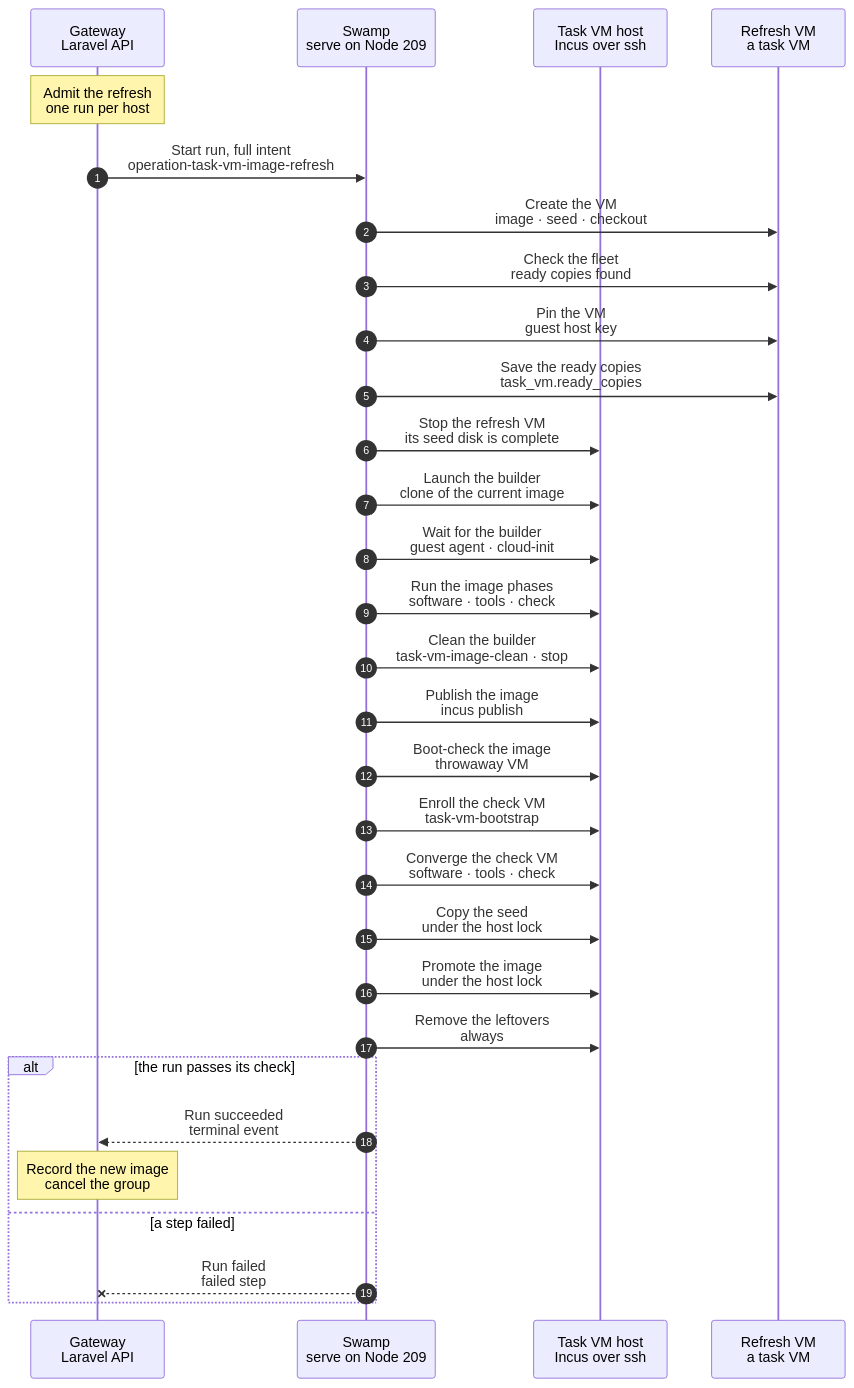
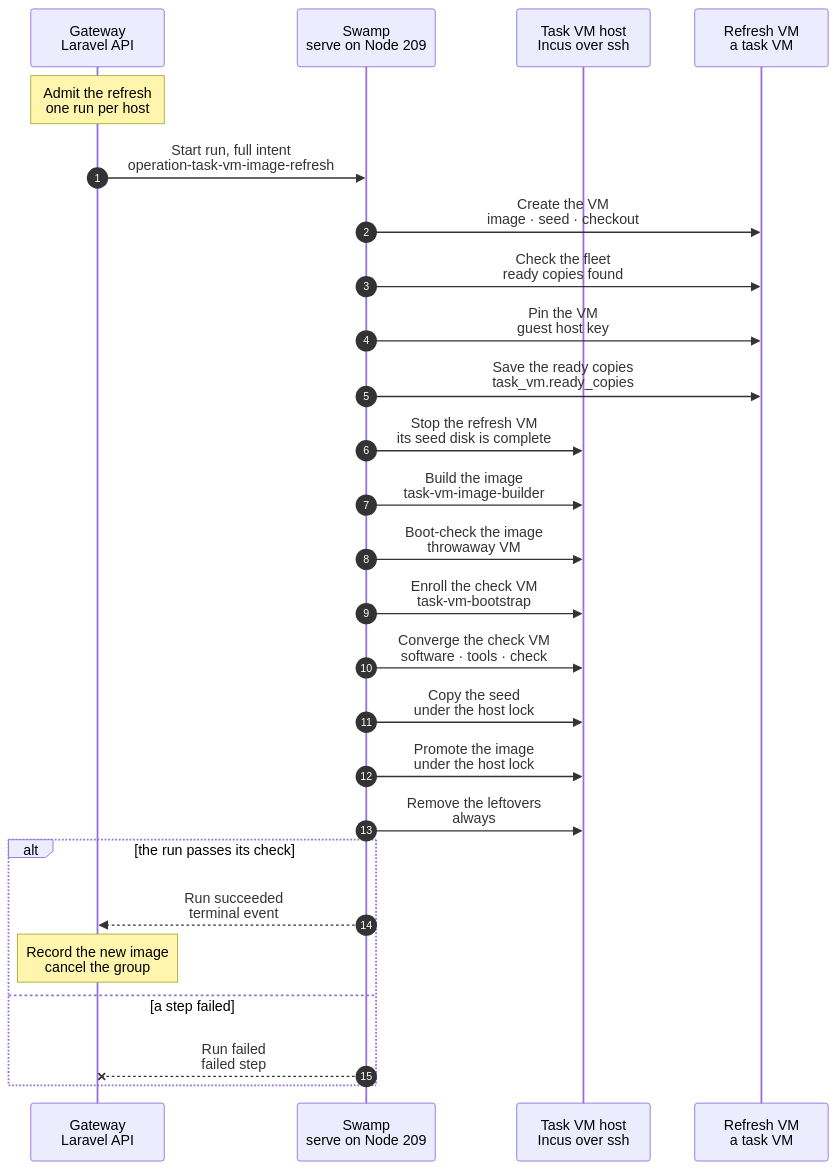
Before and after one commit to hardimpactdev/orbit: the diagram in docs/cli/tasks/vm-image-refresh.mmd, drawn with Mermaid. The commit also changed 1 other file, not shown here.

Commit message:
docs(pipeline): the clean builder is one shared child, and the chart names its risks

```diff
--- a/docs/cli/tasks/vm-image-refresh.mmd
+++ b/docs/cli/tasks/vm-image-refresh.mmd
@@ -1,81 +1,72 @@
 sequenceDiagram
   %% Target design: the run that refreshes the task image and the topology seed of one task VM host (stage 6, docs/reference/pipeline/6-task-image-seed-refresh.mmd). It is the per-host part of that chart, as built.
   %% status: draft
   %% command: none · task-vms:refresh-image on the Gateway host
   %% kind: task_vm.image_refresh
   autonumber
   %% lane GW icon=gateway pill=intent tone=blue
   %% lane SW icon=workflow pill=executes tone=green
   %% lane H icon=server pill=target tone=amber
   %% lane VM icon=server pill=refresh VM tone=purple
   participant GW as Gateway<br/>Laravel API
   participant SW as Swamp<br/>serve on Node 209
   participant H as Task VM host<br/>Incus over ssh
   participant VM as Refresh VM<br/>a task VM
   Note over GW: Admit the refresh<br/>one run per host
   %%> Started by:
   %%> - the release projection, when the release that went live changed playbooks, pins or lock files; a daily Gateway schedule; and the operator commands `php artisan task-vms:refresh-image HOST` and `task-vms:refresh-images`
   %%> Requirements:
   %%> - an active, configured task VM host with a promoted image and no image build running, and a Gateway release with a commit
   %%> Result:
   %%> - a group of its own in the proof Project, placed on this host only, and the full intent recorded; a second admission for the host returns the open run
   GW->>SW: Start run, full intent<br/>operation-task-vm-image-refresh
   SW->>VM: Create the VM<br/>image · seed · checkout
   %%> What it does:
   %%> - the child `operation-task-provision`: a task VM from the image the host promoted last, with a clone of its seed, the checkout of the release commit, the converge of the outer VM and the nested fleet from the ready copies
   SW->>VM: Check the fleet<br/>ready copies found
   %%> What it does:
   %%> - an assert on the receipt of the VM step: the nested fleet started from the ready copies; a seed without usable ready copies fails the run here, before anything is published
   SW->>VM: Pin the VM<br/>guest host key
   %%> What it does:
   %%> - fills the host key the VM step observed into the ready copies intent
   SW->>VM: Save the ready copies<br/>task_vm.ready_copies
   %%> What it does:
   %%> - the child `operation-task-vm-ready-copies`: key-free, self-contained copies in the seed disk, boot-checked
   SW->>H: Stop the refresh VM<br/>its seed disk is complete
   %%> What it does:
   %%> - `incus stop` of the refresh VM: it yields only its seed disk and is never published
-  SW->>H: Launch the builder<br/>clone of the current image
+  SW->>H: Build the image<br/>task-vm-image-builder
   %%> What it does:
-  %%> - `incus init` of the builder from the alias of the current image, with the cloud-init key of Node 209; the builder is never enrolled and has no seed
-  SW->>H: Wait for the builder<br/>guest agent · cloud-init
-  %%> What it does:
-  %%> - `incus wait` for the guest agent, then `cloud-init status --wait`
-  SW->>H: Run the image phases<br/>software · tools · check
-  %%> What it does:
-  %%> - the child `task-vm-image-ansible` on the builder, as the image build runs it: the VM is at the pins of the release
-  SW->>H: Clean the builder<br/>task-vm-image-clean · stop
-  %%> What it does:
-  %%> - the child `task-vm-image-clean`, which the image build calls too: resets cloud-init, the machine-id and the SSH host keys, trims the disk and stops the builder
-  SW->>H: Publish the image<br/>incus publish
-  %%> What it does:
+  %%> - the child `task-vm-image-builder`, shared with the image build: `incus init` of the builder from the image the refresh VM started from (its fingerprint), with the cloud-init key of Node 209; waits for the guest agent and cloud-init
+  %%> - runs the phases `software`, `tools` and `check` (the child `task-vm-image-ansible`), asserts that the builder has no `topology-seed` pool, cleans and stops it (the child `task-vm-image-clean`)
   %%> - publishes the stopped builder under a candidate alias and reads its fingerprint
+  %%> - the builder is never enrolled and has no seed
   SW->>H: Boot-check the image<br/>throwaway VM
   %%> What it does:
   %%> - the child `task-vm-image-smoke`, as in the image build: a throwaway VM from the candidate and the check phase of the task VM role on it
   SW->>H: Enroll the check VM<br/>task-vm-bootstrap
   %%> What it does:
   %%> - the child `task-vm-bootstrap` on the throwaway VM of the boot check: the account, the key, the sudoers file and the observer install with their checks, the same steps as an enrollment
   SW->>H: Converge the check VM<br/>software · tools · check
   %%> What it does:
   %%> - the child `task-vm-image-ansible` with the phases of a provision converge on the same VM; the promotion waits for this step and the one before
   SW->>H: Copy the seed<br/>under the host lock
   %%> What it does:
   %%> - copies the seed disk of the refresh VM to the seed name of the new fingerprint, then `zfs promote` so refreshes form no clone chain
   SW->>H: Promote the image<br/>under the host lock
   %%> What it does:
   %%> - the child `task-vm-image-promote`, as in the image build: the alias moves to the new image and the old image keeps the alias `-previous`; the old seed stays under its own name
   SW->>H: Remove the leftovers<br/>always
   %%> What it does:
   %%> - removes the builder and the check VM; when the alias does not point at the new image, also the candidate image and the new seed
   alt the run passes its check
     SW-->>GW: Run succeeded<br/>terminal event
     Note over GW: Record the new image<br/>cancel the group
     %%> Result:
     %%> - the new image is the host's latest promoted build, with the recipe identity of the release
     %%> - the cancel of the group destroys the refresh VM
   else a step failed
     SW--xGW: Run failed<br/>failed step
     %%> On failure:
     %%> - the host keeps the image and the seed it had; the group is cancelled and the refresh VM destroyed
   end
```
